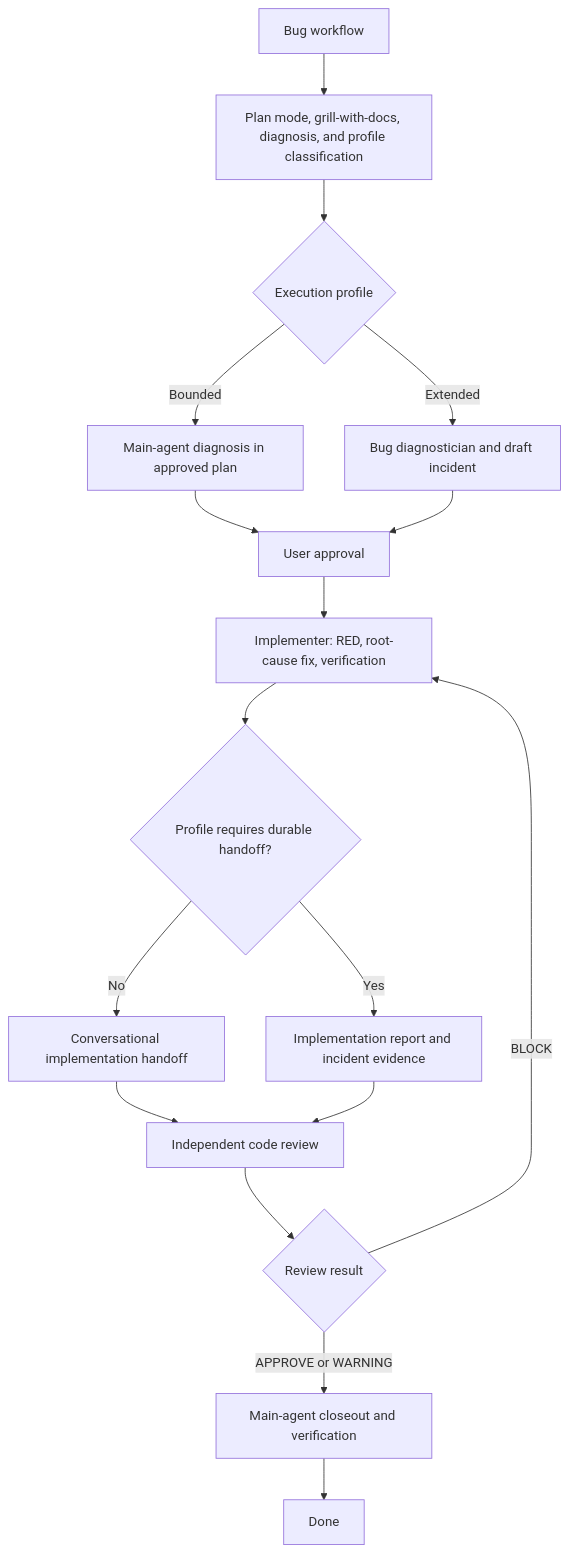
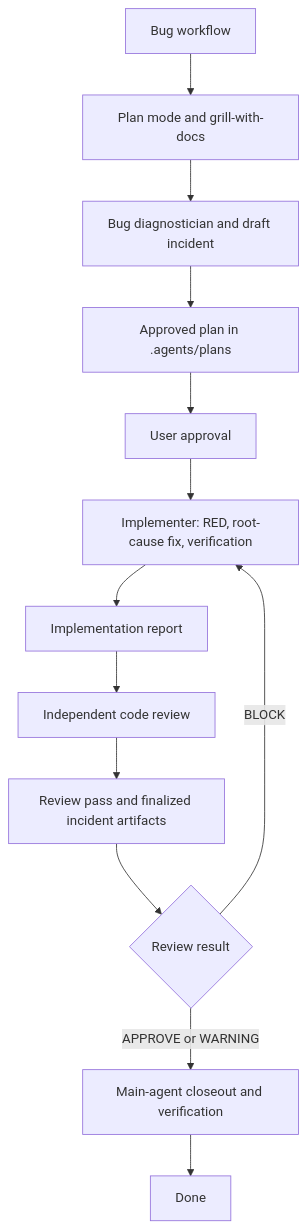
Before and after one commit to aloilor/lean-coding-agent: the fourth of 4 diagrams in README.md, drawn with Mermaid. The commit also changed other lines of this file and 14 other files, not shown here.

Commit message:
feat(workflows): require durable workflow artifacts

````diff
--- a/README.md
+++ b/README.md
@@ -103,19 +99,15 @@
 ```mermaid
 flowchart TD
-    A[Bug workflow] --> B[Plan mode, grill-with-docs, diagnosis, and profile classification]
-    B --> C{Execution profile}
-    C -->|Bounded| D[Main-agent diagnosis in approved plan]
-    C -->|Extended| E[Bug diagnostician and draft incident]
-    D --> F[User approval]
-    E --> F
-    F --> G[Implementer: RED, root-cause fix, verification]
-    G --> H{Profile requires durable handoff?}
-    H -->|No| I[Conversational implementation handoff]
-    H -->|Yes| J[Implementation report and incident evidence]
-    I --> K[Independent code review]
-    J --> K
-    K --> L{Review result}
-    L -->|BLOCK| G
-    L -->|APPROVE or WARNING| M[Main-agent closeout and verification]
-    M --> N[Done]
+    A[Bug workflow] --> B[Plan mode and grill-with-docs]
+    B --> C[Bug diagnostician and draft incident]
+    C --> D[Approved plan in .agents/plans]
+    D --> E[User approval]
+    E --> F[Implementer: RED, root-cause fix, verification]
+    F --> G[Implementation report]
+    G --> H[Independent code review]
+    H --> I[Review pass and finalized incident artifacts]
+    I --> J{Review result}
+    J -->|BLOCK| F
+    J -->|APPROVE or WARNING| K[Main-agent closeout and verification]
+    K --> L[Done]
 ```
````
